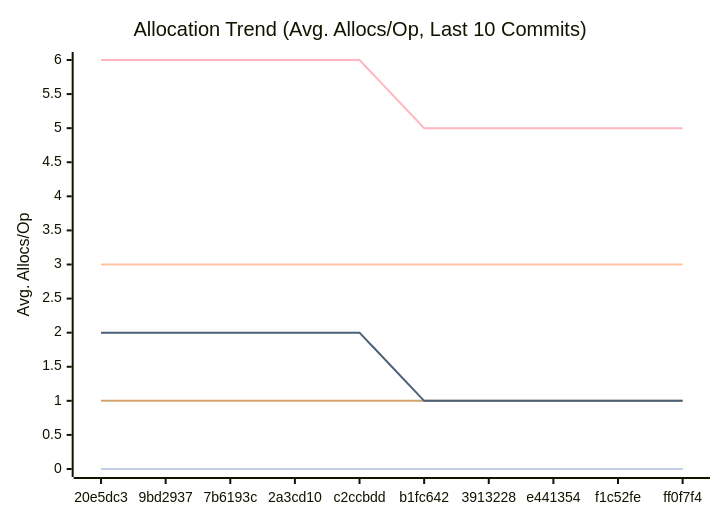
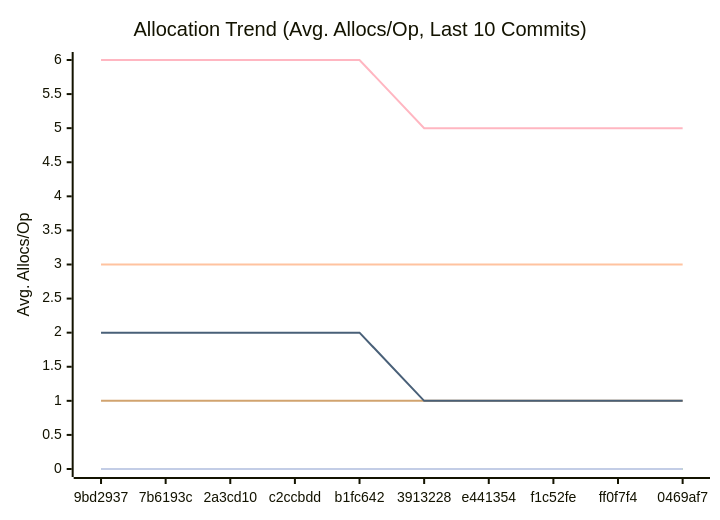
One commit to alsotoes/momo changed the third of 3 diagrams in docs/PERFORMANCE.md. Above: the diagram before and after it, drawn with Mermaid. The commit also changed other lines of this file and 2 other files, not shown here.

````diff
--- a/docs/PERFORMANCE.md
+++ b/docs/PERFORMANCE.md
@@ -114,16 +114,16 @@
 ```mermaid
 xychart-beta
     title "Allocation Trend (Avg. Allocs/Op, Last 10 Commits)"
     x-axis "Commit"
     y-axis "Avg. Allocs/Op"
-    x-axis [20e5dc3,9bd2937,7b6193c,2a3cd10,c2ccbdd,b1fc642,3913228,e441354,f1c52fe,ff0f7f4]
+    x-axis [9bd2937,7b6193c,2a3cd10,c2ccbdd,b1fc642,3913228,e441354,f1c52fe,ff0f7f4,0469af7]
     line "CheckMetricsAndSwap" [0,0,0,0,0,0,0,0,0,0]
     line "CrushOptimized" [0,0,0,0,0,0,0,0,0,0]
     line "CrushOriginal" [3,3,3,3,3,3,3,3,3,3]
     line "IndexDirectTracking" [0,0,0,0,0,0,0,0,0,0]
     line "IndexSearch" [0,0,0,0,0,0,0,0,0,0]
     line "LoadGlobalConfig" [1,1,1,1,1,1,1,1,1,1]
     line "PadString" [0,0,0,0,0,0,0,0,0,0]
     line "ParseReplicationOrder_NoPrealloc" [6,6,6,6,6,5,5,5,5,5]
     line "ParseReplicationOrder_Prealloc" [2,2,2,2,2,1,1,1,1,1]
 ```
````
